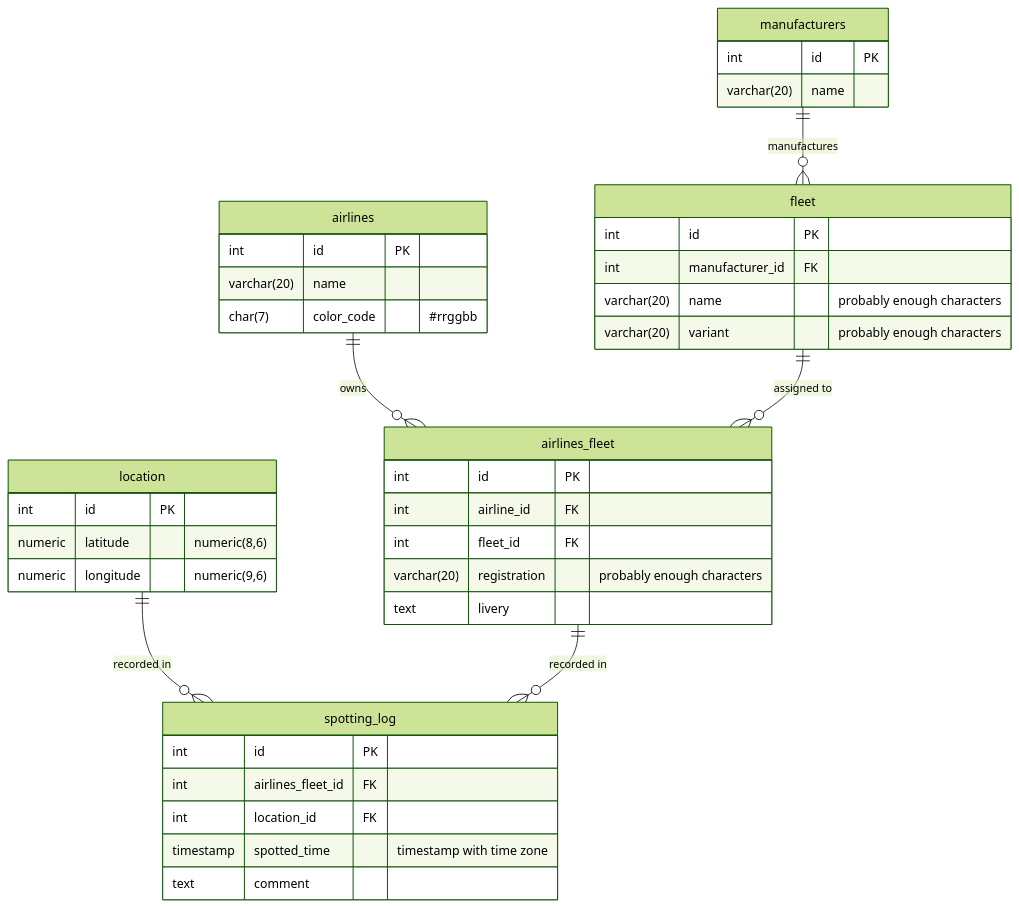
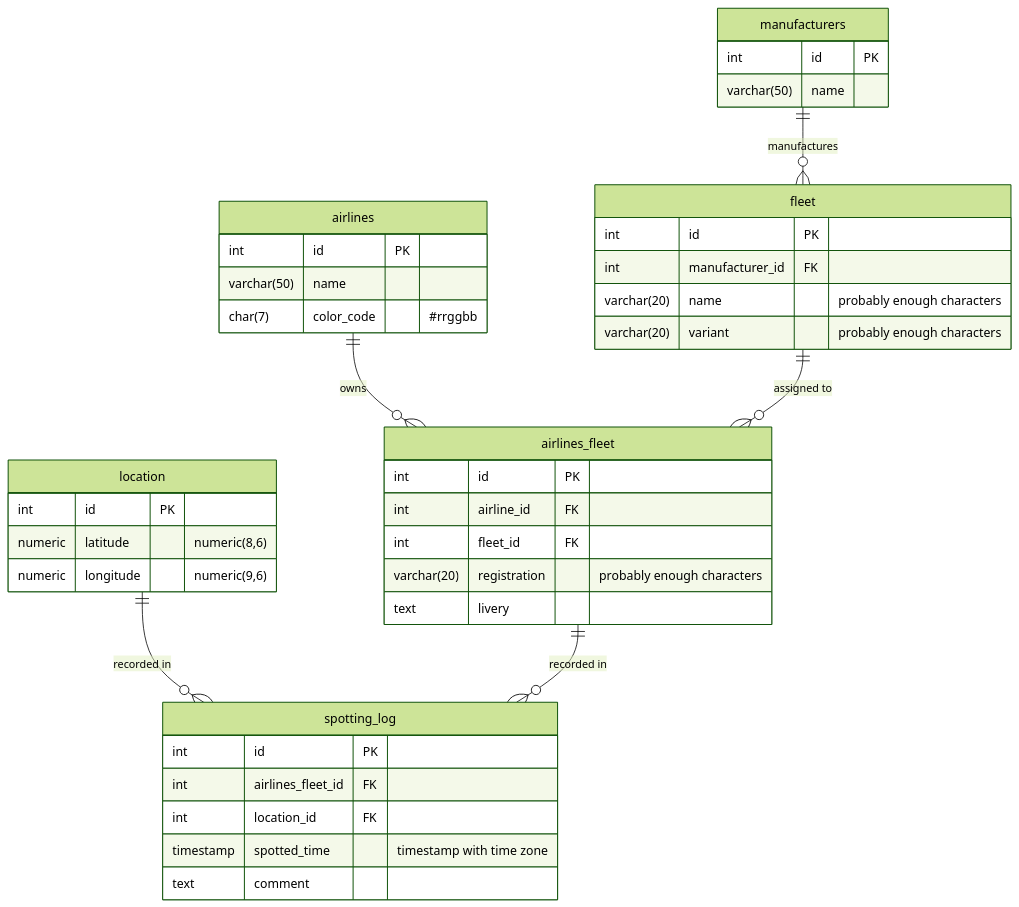
The diagram in server/README.md (ishichanpen/plane_spotting_log), drawn with Mermaid (forest theme) before and after one commit.

Commit message:
Fix data types written in README.md

````diff
--- a/server/README.md
+++ b/server/README.md
@@ -4,48 +4,48 @@
 ```mermaid
 erDiagram
   airlines {
     int id PK
-    varchar(20) name
+    varchar(50) name
     char(7) color_code "#rrggbb"
   }
 
   manufacturers {
     int id PK
-    varchar(20) name
+    varchar(50) name
   }
 
   fleet {
     int id PK
     int manufacturer_id FK
     varchar(20) name "probably enough characters"
     varchar(20) variant "probably enough characters"
   }
 
   airlines_fleet {
     int id PK
     int airline_id FK
     int fleet_id FK
     varchar(20) registration "probably enough characters"
     text livery
   }
 
   location {
     int id PK
     numeric latitude "numeric(8,6)"
     numeric longitude "numeric(9,6)"
   }
 
   spotting_log {
     int id PK
     int airlines_fleet_id FK
     int location_id FK
     timestamp spotted_time "timestamp with time zone"
     text comment
   }
 
   manufacturers ||--o{ fleet : "manufactures"
   airlines ||--o{ airlines_fleet : "owns"
   fleet ||--o{ airlines_fleet : "assigned to"
   location ||--o{ spotting_log : "recorded in"
   airlines_fleet ||--o{ spotting_log : "recorded in"
 ```
````
